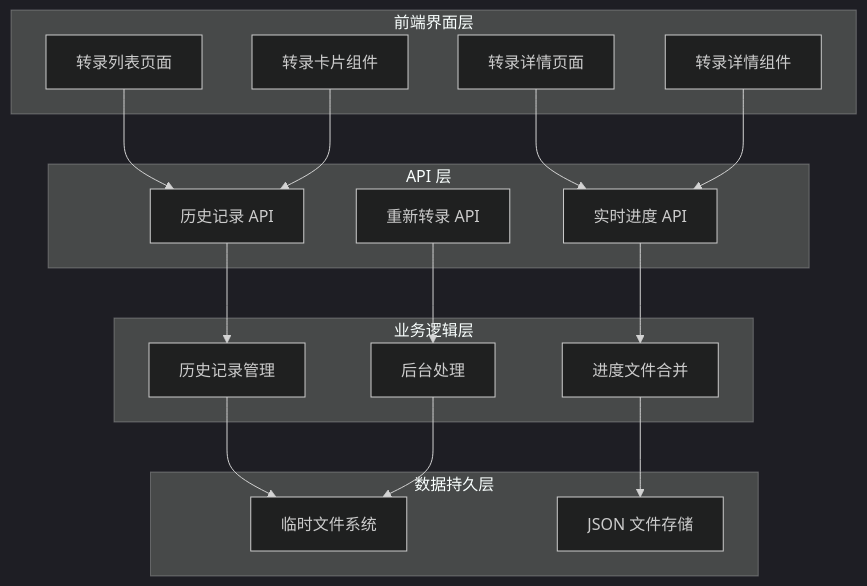
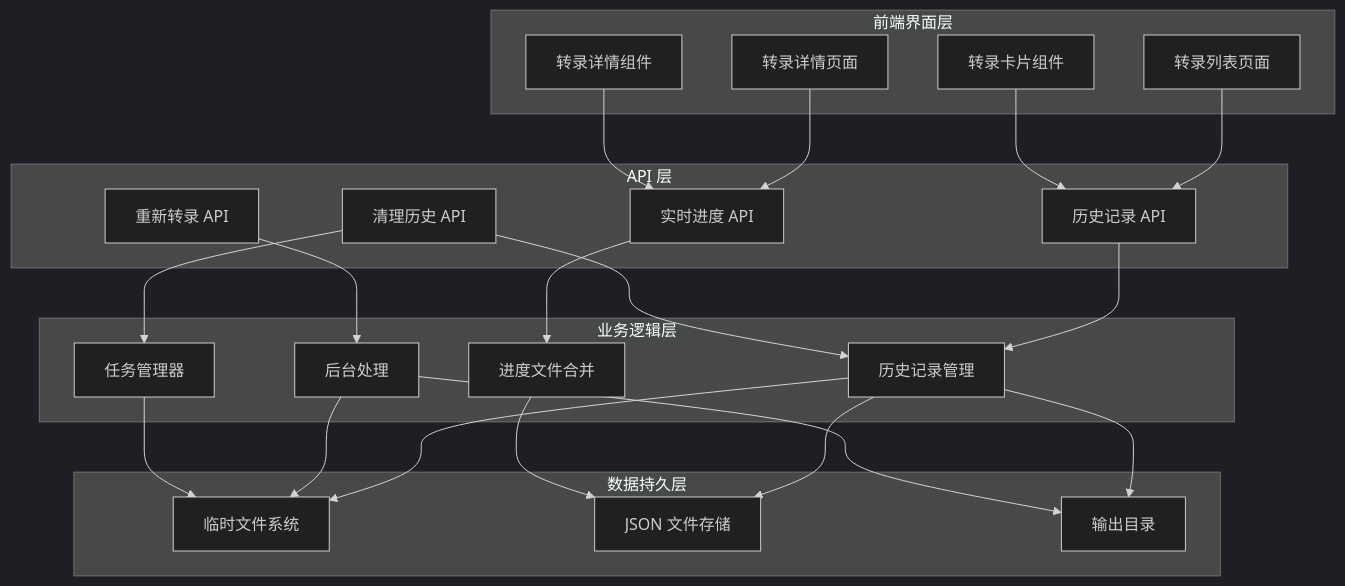
The third of 13 diagrams in .qoder/repowiki/zh/content/Transcription History System.md (clawbotai/memo-flow), drawn with Mermaid (dark theme) before and after one commit. The commit also changed other lines of this file and 4 other files, not shown here.

````diff
--- a/.qoder/repowiki/zh/content/Transcription History System.md
+++ b/.qoder/repowiki/zh/content/Transcription History System.md
@@ -133,33 +156,42 @@
 ```mermaid
 graph TD
 subgraph "前端界面层"
 A[转录列表页面]
 B[转录详情页面]
 C[转录卡片组件]
 D[转录详情组件]
 end
 subgraph "API 层"
 E[历史记录 API]
 F[实时进度 API]
 G[重新转录 API]
+H[清理历史 API]
 end
 subgraph "业务逻辑层"
-H[历史记录管理]
-I[进度文件合并]
-J[后台处理]
+I[历史记录管理]
+J[进度文件合并]
+K[后台处理]
+L[任务管理器]
 end
 subgraph "数据持久层"
-K[临时文件系统]
-L[JSON 文件存储]
+M[临时文件系统]
+N[JSON 文件存储]
+O[输出目录]
 end
 A --> E
 B --> F
 C --> E
 D --> F
-E --> H
-F --> I
-G --> J
-H --> K
-I --> L
-J --> K
+E --> I
+F --> J
+G --> K
+H --> I
+H --> L
+I --> M
+I --> N
+I --> O
+J --> N
+K --> M
+K --> O
+L --> M
 ```
````
